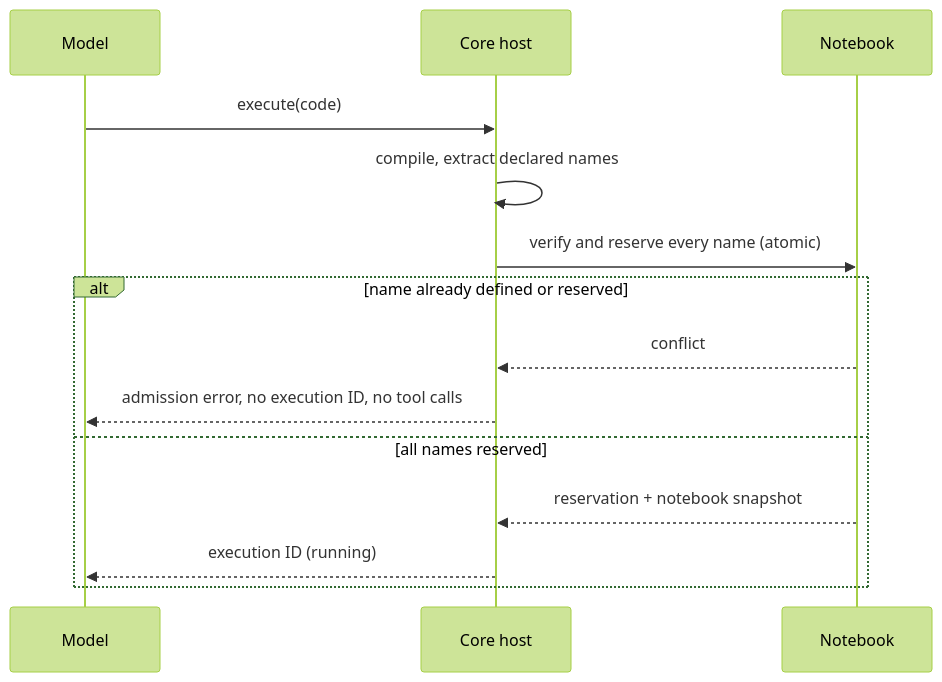
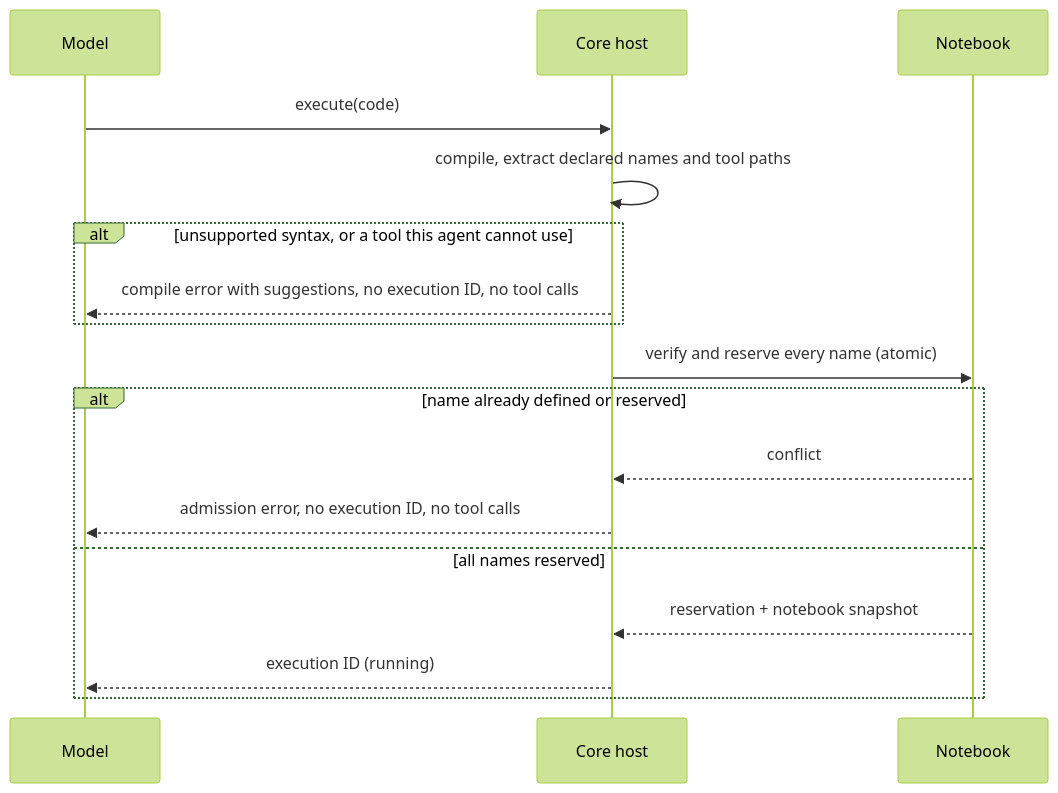
Before and after one commit to devagrawal09/ocpp: the second of 3 diagrams in packages/codemode/interpreter-support.md, drawn with Mermaid (forest theme). The commit also changed other lines of this file and 1 other file, not shown here.

First line of the commit message:
docs(codemode): describe compile-time tool checks and suggestions

````diff
--- a/packages/codemode/interpreter-support.md
+++ b/packages/codemode/interpreter-support.md
@@ -150,17 +151,20 @@
 ```mermaid
 sequenceDiagram
     participant M as Model
     participant C as Core host
     participant N as Notebook
 
     M->>C: execute(code)
-    C->>C: compile, extract declared names
+    C->>C: compile, extract declared names and tool paths
+    alt unsupported syntax, or a tool this agent cannot use
+        C-->>M: compile error with suggestions, no execution ID, no tool calls
+    end
     C->>N: verify and reserve every name (atomic)
     alt name already defined or reserved
         N-->>C: conflict
         C-->>M: admission error, no execution ID, no tool calls
     else all names reserved
         N-->>C: reservation + notebook snapshot
         C-->>M: execution ID (running)
     end
 ```
````
